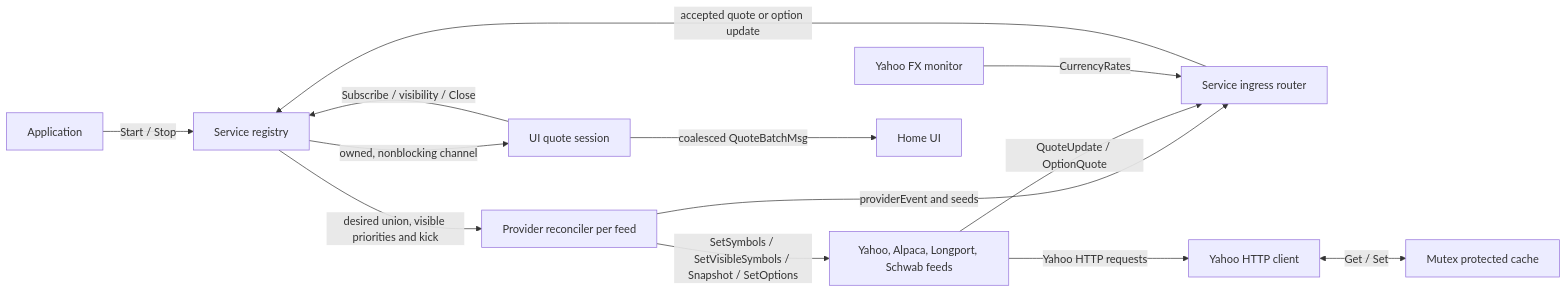
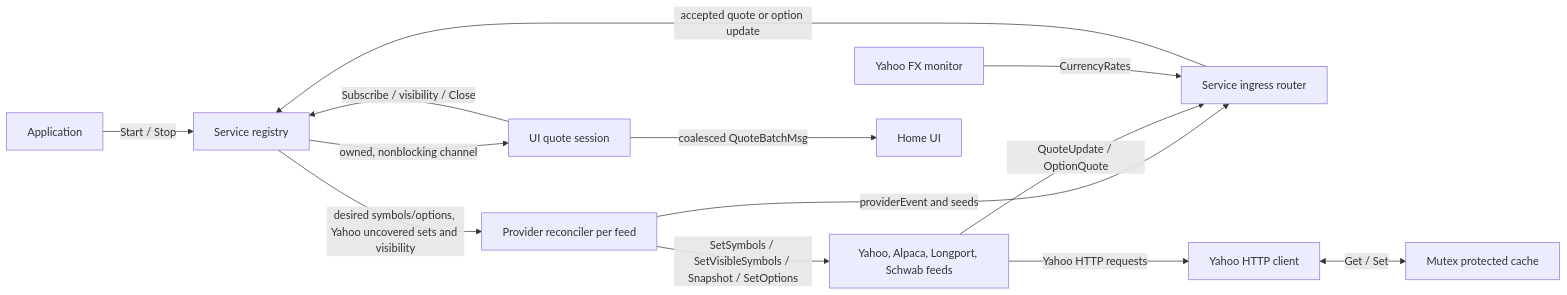
One commit to murphytalk/urphin changed the diagram in docs/marketdata-actor-model.md. Above: the diagram before and after it, drawn with Mermaid. The commit also changed other lines of this file and 1 other file, not shown here.

````diff
--- a/docs/marketdata-actor-model.md
+++ b/docs/marketdata-actor-model.md
@@ -29,15 +29,15 @@
 ```mermaid
 flowchart LR
     App[Application] -->|Start / Stop| Service[Service registry]
     Session[UI quote session] -->|Subscribe / visibility / Close| Service
-    Service -->|desired union, visible priorities and kick| Reconciler[Provider reconciler per feed]
+    Service -->|desired symbols/options, Yahoo uncovered sets and visibility| Reconciler[Provider reconciler per feed]
     Reconciler -->|SetSymbols / SetVisibleSymbols / Snapshot / SetOptions| Feeds[Yahoo, Alpaca, Longport, Schwab feeds]
     Reconciler -->|providerEvent and seeds| Router[Service ingress router]
     Feeds -->|QuoteUpdate / OptionQuote| Router
     Feeds -->|Yahoo HTTP requests| HTTP[Yahoo HTTP client]
     HTTP <-->|Get / Set| Cache[Mutex protected cache]
     YahooFX[Yahoo FX monitor] -->|CurrencyRates| Router
     Router -->|accepted quote or option update| Service
     Service -->|owned, nonblocking channel| Session
     Session -->|coalesced QuoteBatchMsg| Home[Home UI]
 ```
````
